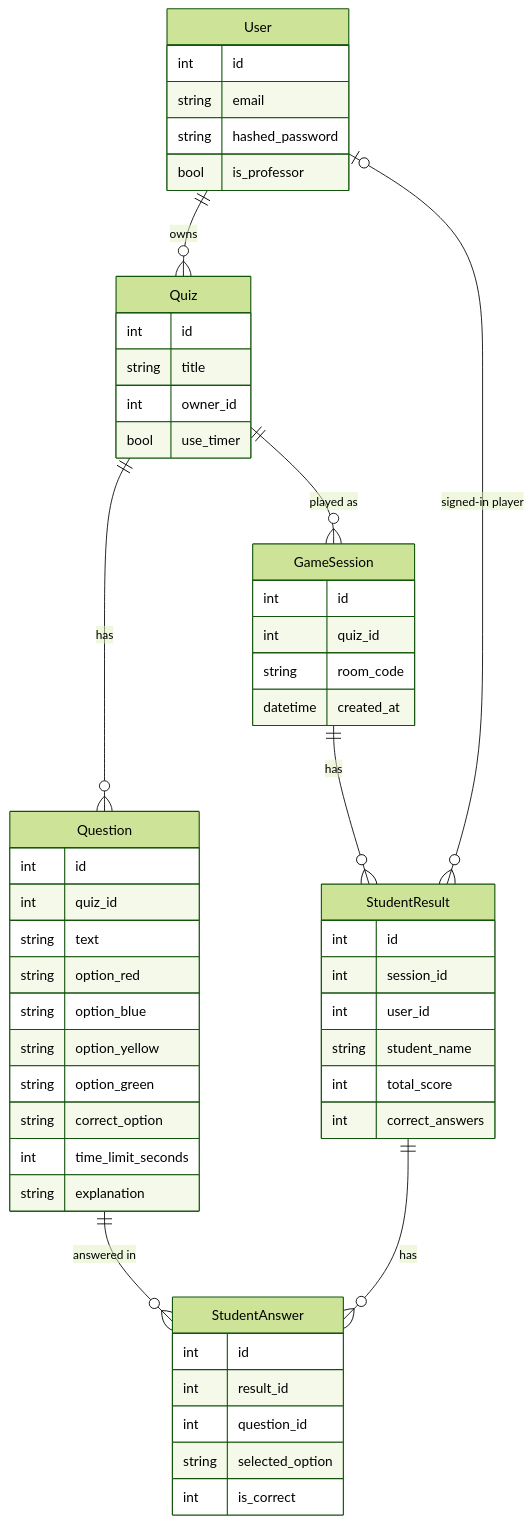
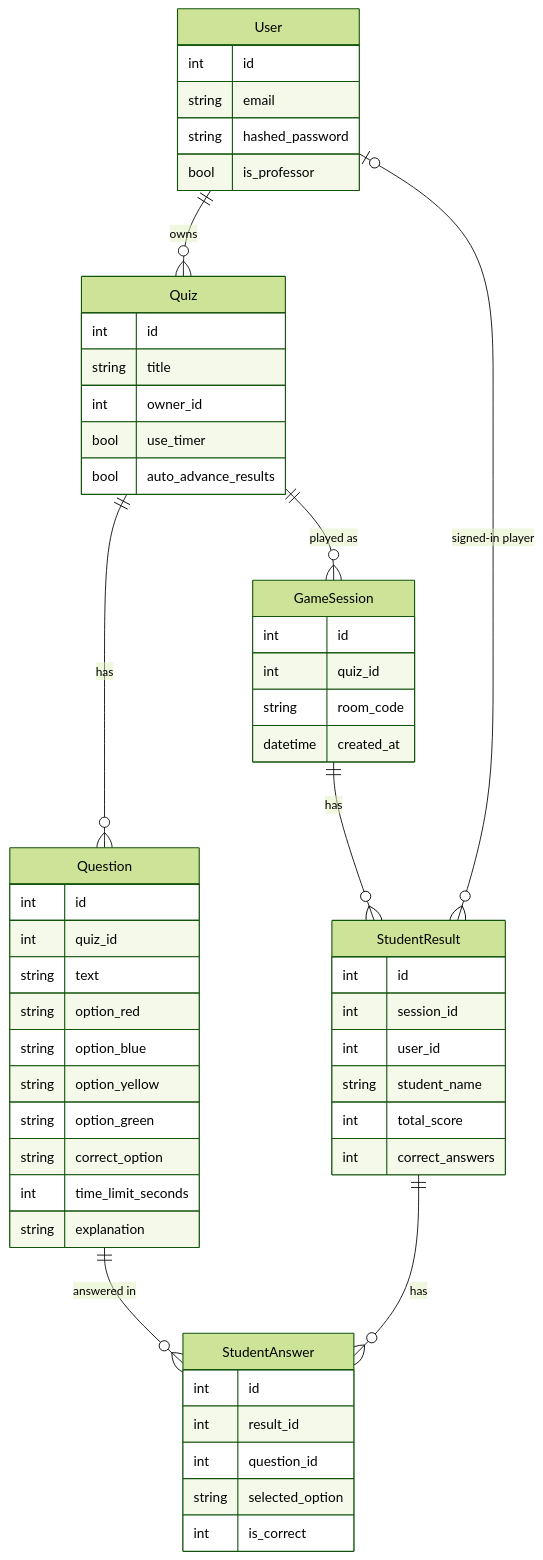
The third of 3 diagrams in docs/HOW-IT-WORKS.md (amberkar-harsh-02/Quiz-app), drawn with Mermaid (forest theme) before and after one commit. The commit also changed other lines of this file and 14 other files, not shown here.

````diff
--- a/docs/HOW-IT-WORKS.md
+++ b/docs/HOW-IT-WORKS.md
@@ -229,56 +242,57 @@
 ```mermaid
 erDiagram
     User ||--o{ Quiz : owns
     Quiz ||--o{ Question : has
     Quiz ||--o{ GameSession : "played as"
     GameSession ||--o{ StudentResult : has
     User |o--o{ StudentResult : "signed-in player"
     StudentResult ||--o{ StudentAnswer : has
     Question ||--o{ StudentAnswer : "answered in"
 
     User {
         int id
         string email
         string hashed_password
         bool is_professor
     }
     Quiz {
         int id
         string title
         int owner_id
         bool use_timer
+        bool auto_advance_results
     }
     Question {
         int id
         int quiz_id
         string text
         string option_red
         string option_blue
         string option_yellow
         string option_green
         string correct_option
         int time_limit_seconds
         string explanation
     }
     GameSession {
         int id
         int quiz_id
         string room_code
         datetime created_at
     }
     StudentResult {
         int id
         int session_id
         int user_id
         string student_name
         int total_score
         int correct_answers
     }
     StudentAnswer {
         int id
         int result_id
         int question_id
         string selected_option
         int is_correct
     }
 ```
````
